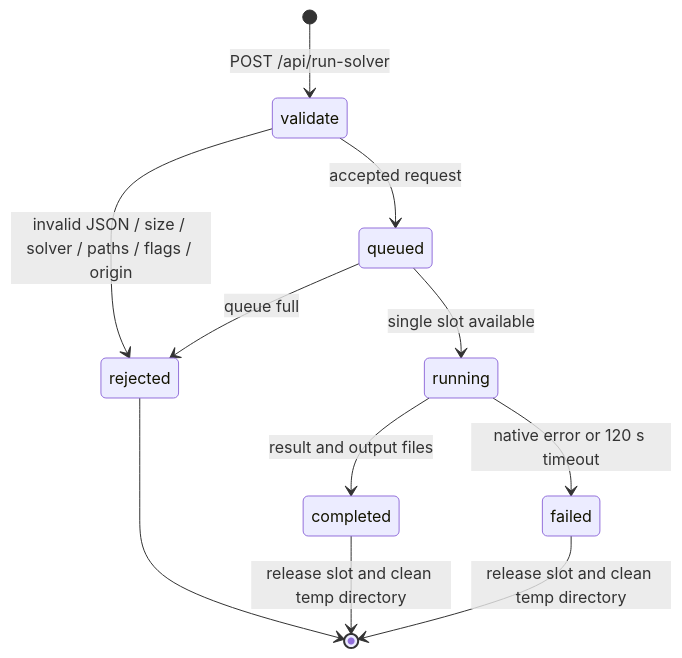
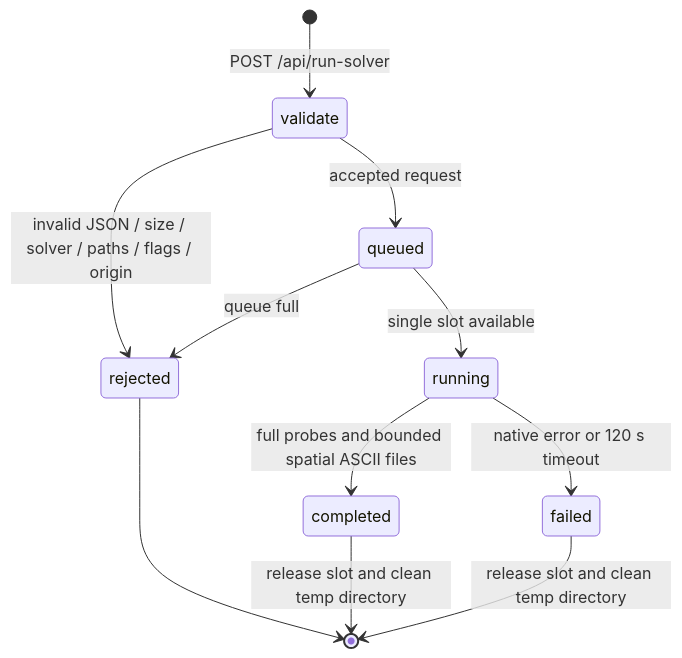
The seventh of 7 diagrams in docs/ARCHITECTURE.md (tscircuit/pcb-spice-pipeline), drawn with Mermaid before and after one commit. The commit also changed other lines of this file and 15 other files, not shown here.

Commit message:
Capture bounded spatial voltages through the native browser path

````diff
--- a/docs/ARCHITECTURE.md
+++ b/docs/ARCHITECTURE.md
@@ -245,13 +264,13 @@
 ```mermaid
 stateDiagram-v2
   [*] --> validate: POST /api/run-solver
   validate --> rejected: invalid JSON / size / solver / paths / flags / origin
   validate --> queued: accepted request
   queued --> rejected: queue full
   queued --> running: single slot available
-  running --> completed: result and output files
+  running --> completed: full probes and bounded spatial ASCII files
   running --> failed: native error or 120 s timeout
   completed --> [*]: release slot and clean temp directory
   failed --> [*]: release slot and clean temp directory
   rejected --> [*]
 ```
````
